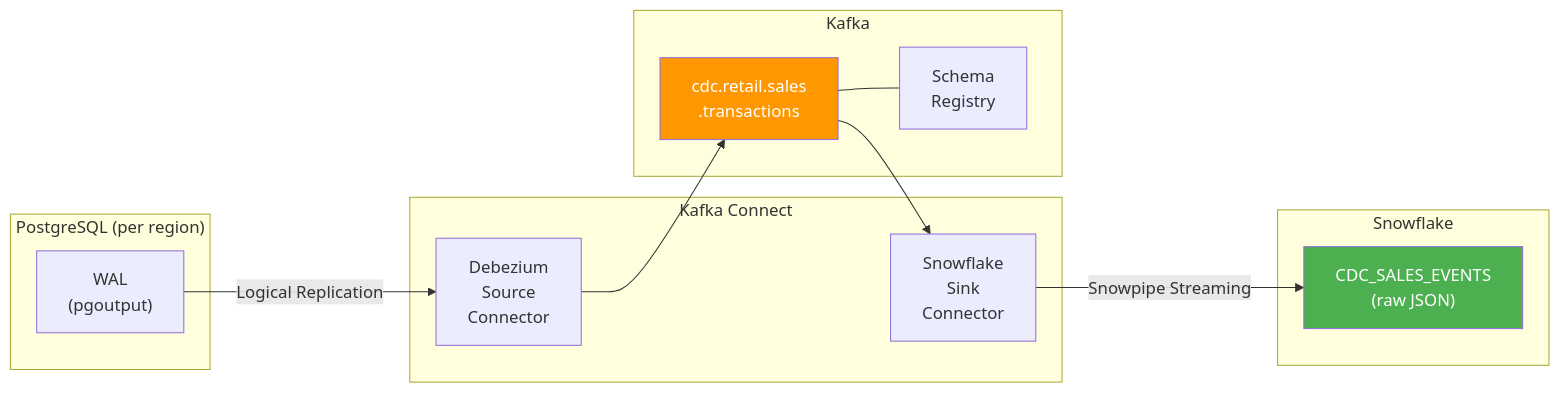
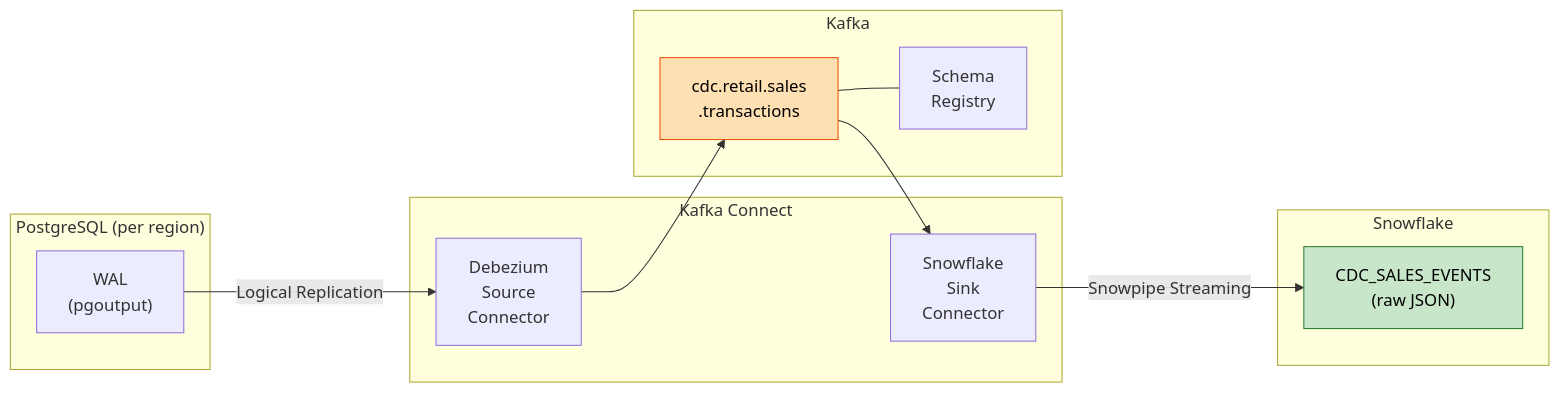
The second of 7 diagrams in README.md (greenwichg/airflow_etl_pipeline), drawn with Mermaid before and after one commit. The commit also changed other lines of this file, not shown here.

First line of the commit message:
fix: tone down Mermaid diagram background colors for readability

````diff
--- a/README.md
+++ b/README.md
@@ -137,29 +137,29 @@
 ```mermaid
 graph LR
     subgraph PG["PostgreSQL (per region)"]
         WAL["WAL<br/>(pgoutput)"]
     end
 
     subgraph Connect["Kafka Connect"]
         DBZ["Debezium<br/>Source<br/>Connector"]
         SINK["Snowflake<br/>Sink<br/>Connector"]
     end
 
     subgraph Kafka
         T["cdc.retail.sales<br/>.transactions"]
         SR["Schema<br/>Registry"]
     end
 
     subgraph SF["Snowflake"]
         RAW["CDC_SALES_EVENTS<br/>(raw JSON)"]
     end
 
     WAL -->|Logical Replication| DBZ
     DBZ --> T
     T --> SINK
     SINK -->|Snowpipe Streaming| RAW
     T --- SR
 
-    style T fill:#ff9800,color:#fff
-    style RAW fill:#4caf50,color:#fff
+    style T fill:#ffe0b2,stroke:#e65100,color:#000
+    style RAW fill:#c8e6c9,stroke:#2e7d32,color:#000
 ```
````
